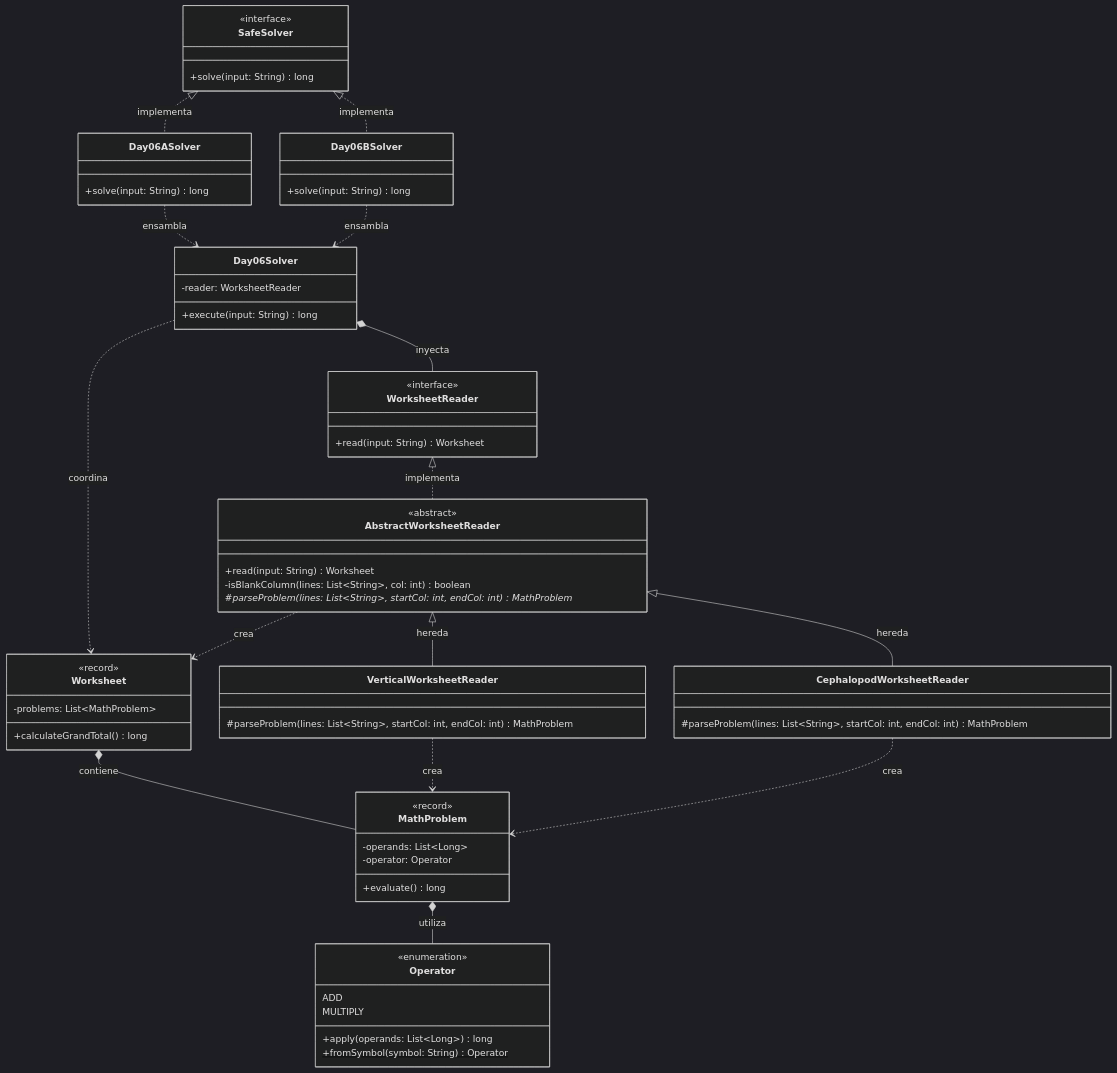
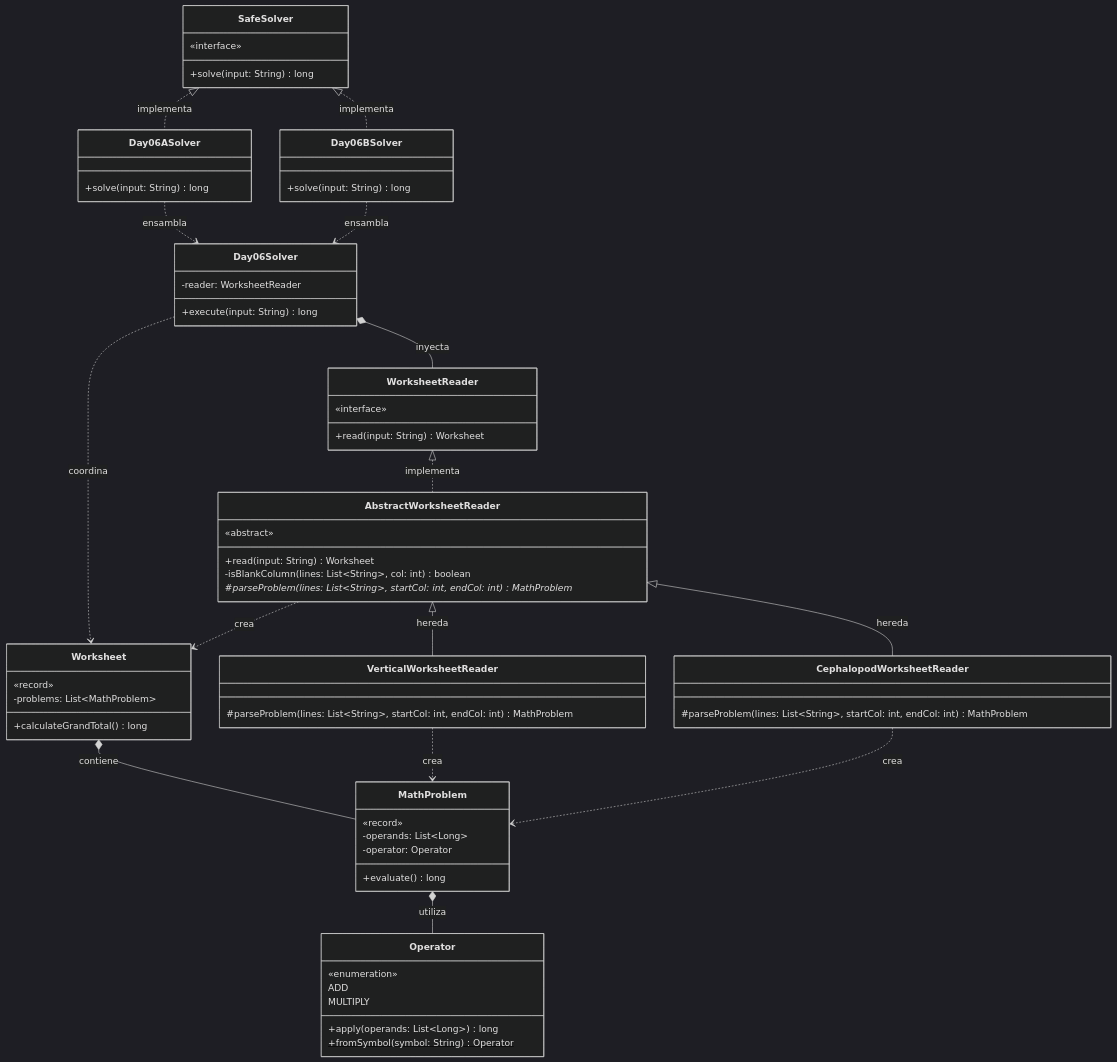
Before and after one commit to ivanperezdiaz829/AoC2025: the diagram in src/main/java/software/aoc/day06/README.md, drawn with Mermaid (dark theme). The commit also changed 1 other file, not shown here.

Commit message:
Day06 README minnor fixes

````diff
--- a/src/main/java/software/aoc/day06/README.md
+++ b/src/main/java/software/aoc/day06/README.md
@@ -37,81 +37,81 @@
 ```mermaid
 classDiagram
   class SafeSolver {
-    <<interface>>
+    «interface»
     +solve(input: String) long
   }
 
   class Day06ASolver {
     +solve(input: String) long
   }
 
   class Day06BSolver {
     +solve(input: String) long
   }
 
   class Day06Solver {
     -reader: WorksheetReader
     +execute(input: String) long
   }
 
   class Worksheet {
-    <<record>>
+    «record»
     -problems: List~MathProblem~
     +calculateGrandTotal() long
   }
 
   class MathProblem {
-    <<record>>
+    «record»
     -operands: List~Long~
     -operator: Operator
     +evaluate() long
   }
 
   class Operator {
-    <<enumeration>>
+    «enumeration»
     ADD
     MULTIPLY
     +apply(operands: List~Long~) long
     +fromSymbol(symbol: String) Operator$
   }
 
   class WorksheetReader {
-    <<interface>>
+    «interface»
     +read(input: String) Worksheet
   }
 
   class AbstractWorksheetReader {
-    <<abstract>>
+    «abstract»
     +read(input: String) Worksheet
     -isBlankColumn(lines: List~String~, col: int) boolean
     #parseProblem(lines: List~String~, startCol: int, endCol: int)* MathProblem
   }
 
   class VerticalWorksheetReader {
     #parseProblem(lines: List~String~, startCol: int, endCol: int) MathProblem
   }
 
   class CephalopodWorksheetReader {
     #parseProblem(lines: List~String~, startCol: int, endCol: int) MathProblem
   }
 
 %% Relaciones de Implementación y Herencia
   SafeSolver <|.. Day06ASolver : implementa
   SafeSolver <|.. Day06BSolver : implementa
   WorksheetReader <|.. AbstractWorksheetReader : implementa
   AbstractWorksheetReader <|-- VerticalWorksheetReader : hereda
   AbstractWorksheetReader <|-- CephalopodWorksheetReader : hereda
 
 %% Relaciones de Ensamblaje e Inyección
   Day06ASolver ..> Day06Solver : ensambla
   Day06BSolver ..> Day06Solver : ensambla
   Day06Solver *-- WorksheetReader : inyecta
 
 %% Relaciones de Dominio
   Day06Solver ..> Worksheet : coordina
   Worksheet *-- MathProblem : contiene
   MathProblem *-- Operator : utiliza
   AbstractWorksheetReader ..> Worksheet : crea
   VerticalWorksheetReader ..> MathProblem : crea
   CephalopodWorksheetReader ..> MathProblem : crea
 ```
````
